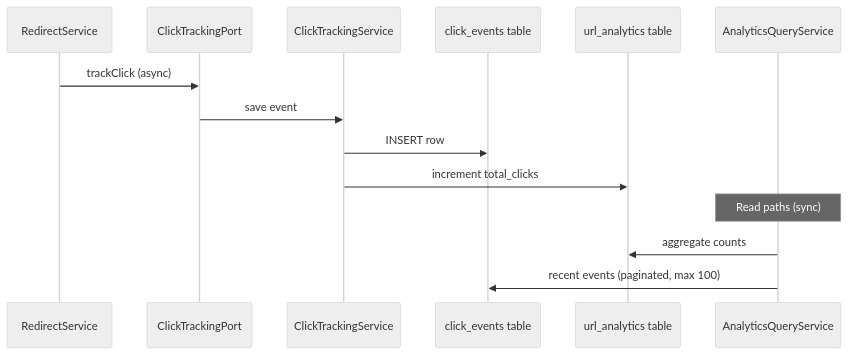
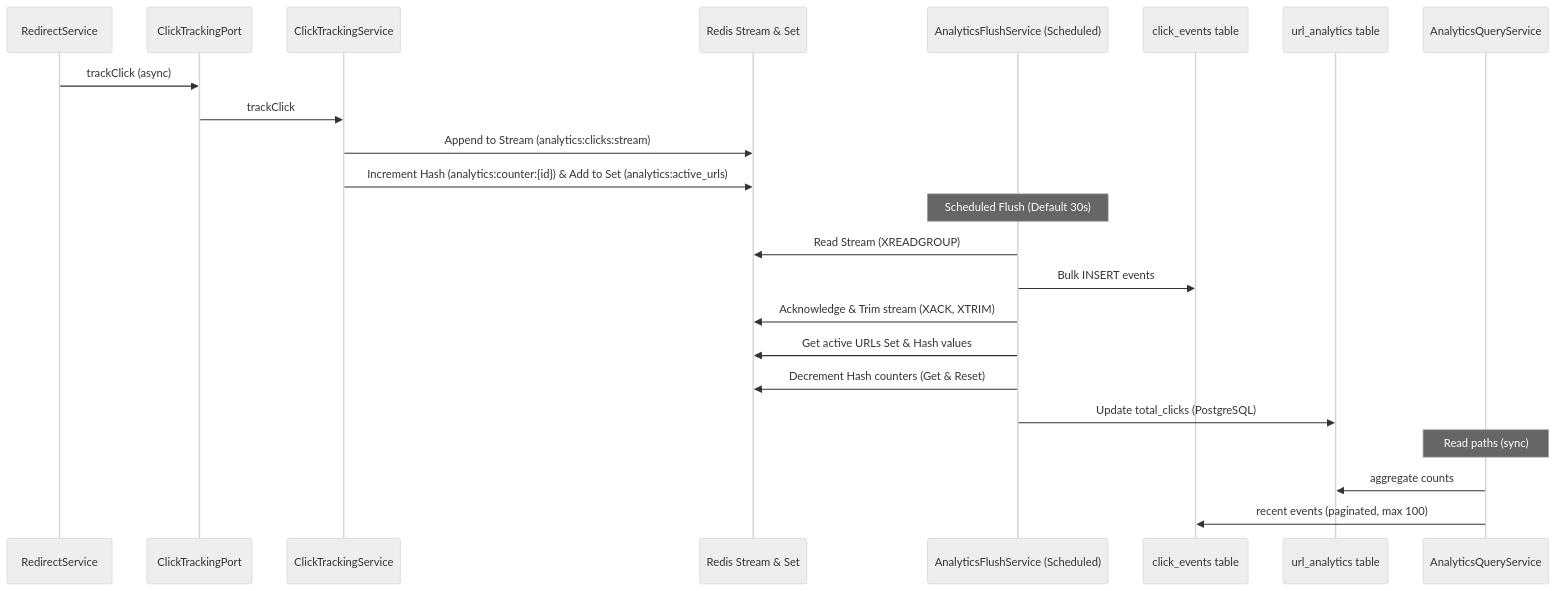
Before and after one commit to SlayerBit/linkflow: the ninth of 11 diagrams in docs/system-design.md, drawn with Mermaid (neutral theme). The commit also changed other lines of this file and 21 other files, not shown here.

````diff
--- a/docs/system-design.md
+++ b/docs/system-design.md
@@ -289,18 +311,29 @@
 ```mermaid
 sequenceDiagram
     participant RedirectService as RedirectService
     participant Port as ClickTrackingPort
     participant TrackingService as ClickTrackingService
+    participant Redis as Redis Stream & Set
+    participant Flusher as AnalyticsFlushService (Scheduled)
     participant ClickEvents as click_events table
     participant UrlAnalytics as url_analytics table
     participant ReadApi as AnalyticsQueryService
 
     RedirectService->>Port: trackClick (async)
-    Port->>TrackingService: save event
-    TrackingService->>ClickEvents: INSERT row
-    TrackingService->>UrlAnalytics: increment total_clicks
+    Port->>TrackingService: trackClick
+    TrackingService->>Redis: Append to Stream (analytics:clicks:stream)
+    TrackingService->>Redis: Increment Hash (analytics:counter:{id}) & Add to Set (analytics:active_urls)
+
+    Note over Flusher: Scheduled Flush (Default 30s)
+    Flusher->>Redis: Read Stream (XREADGROUP)
+    Flusher->>ClickEvents: Bulk INSERT events
+    Flusher->>Redis: Acknowledge & Trim stream (XACK, XTRIM)
+
+    Flusher->>Redis: Get active URLs Set & Hash values
+    Flusher->>Redis: Decrement Hash counters (Get & Reset)
+    Flusher->>UrlAnalytics: Update total_clicks (PostgreSQL)
 
     Note over ReadApi: Read paths (sync)
     ReadApi->>UrlAnalytics: aggregate counts
     ReadApi->>ClickEvents: recent events (paginated, max 100)
 ```
````
